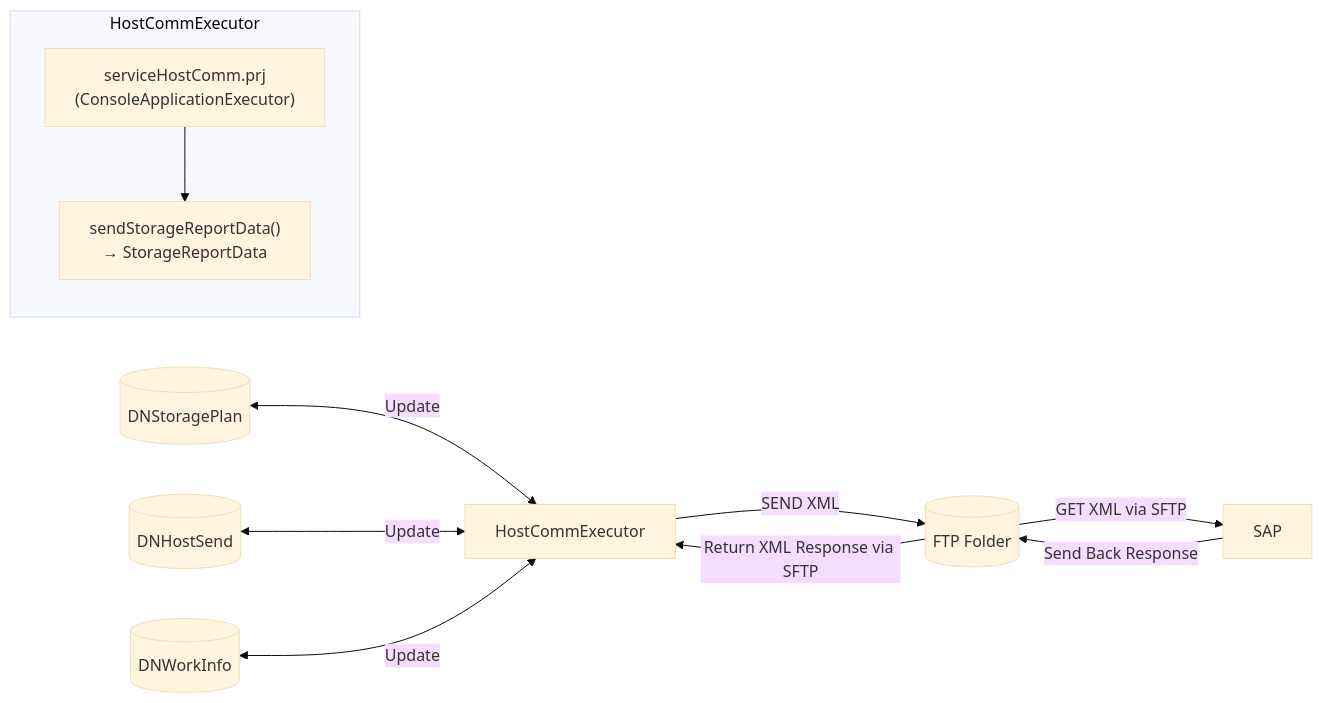
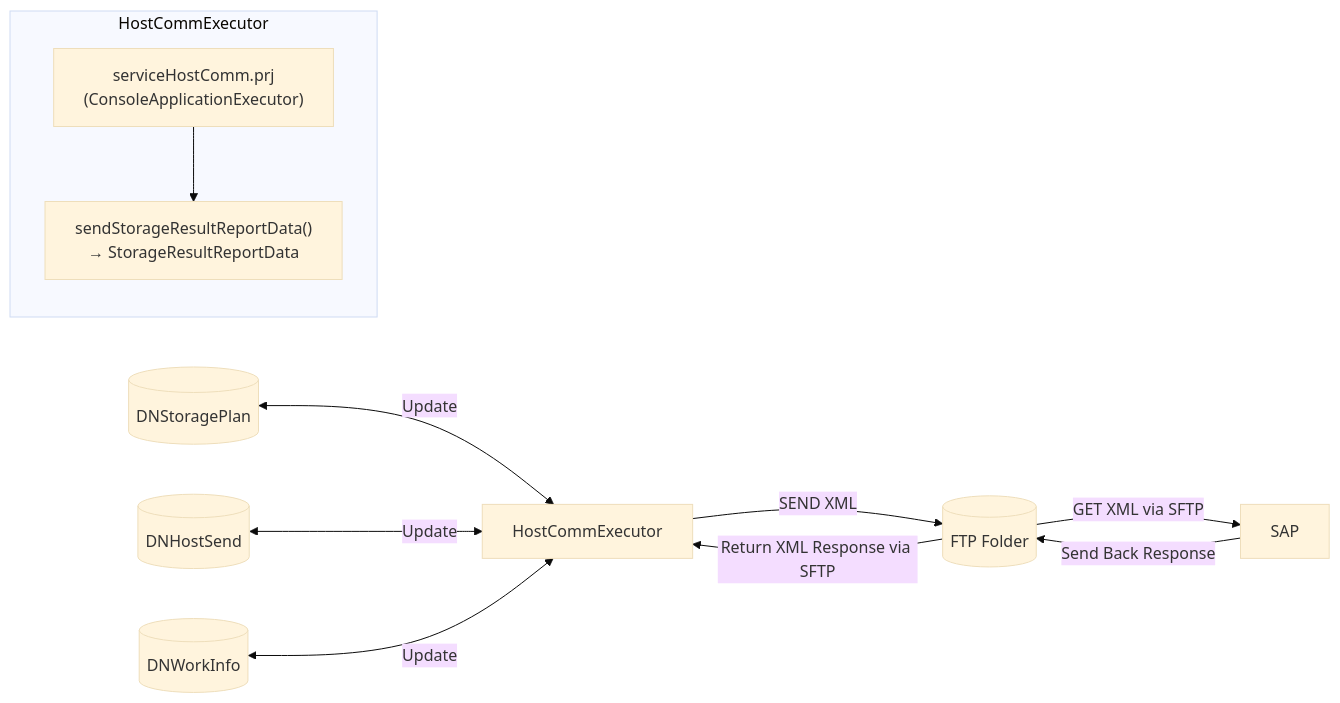
One commit to luthfiadityaa/SimeDarby-Wiki changed the diagram in Basic-Design/Host-Interfaces/Send-Method/Planned-Storage-Result.md. Above: the diagram before and after it, drawn with Mermaid (base theme).

Commit message:
Updated Planned Storage Result

```diff
--- a/Basic-Design/Host-Interfaces/Send-Method/Planned-Storage-Result.md
+++ b/Basic-Design/Host-Interfaces/Send-Method/Planned-Storage-Result.md
@@ -11,16 +11,16 @@
 ::: mermaid
 flowchart LR
     A[HostCommExecutor] --> |SEND XML| C[(FTP Folder)]
     C -->|GET XML via SFTP| D[SAP]
     D -->|Send Back Response| C
     C -->|Return XML Response via SFTP| A
     E[(DNStoragePlan)] <--> |Update| A
     F[(DNHostSend)] <--> |Update| A
     G[(DNWorkInfo)] <--> |Update| A
 
      subgraph HostCommExecutor
         C1["serviceHostComm.prj<br>(ConsoleApplicationExecutor)"]
-        C2["sendStorageReportData()<br>→ StorageReportData"]
+        C2["sendStorageResultReportData()<br>→ StorageResultReportData"]
         C1 --> C2
     end
 :::
```
